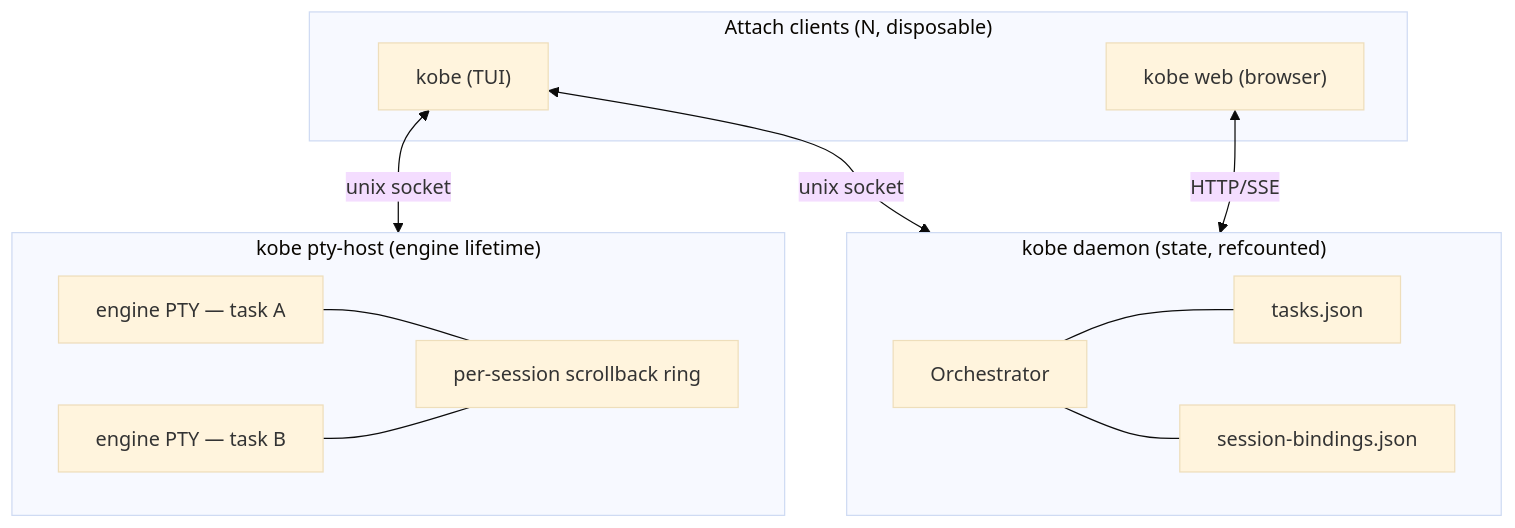
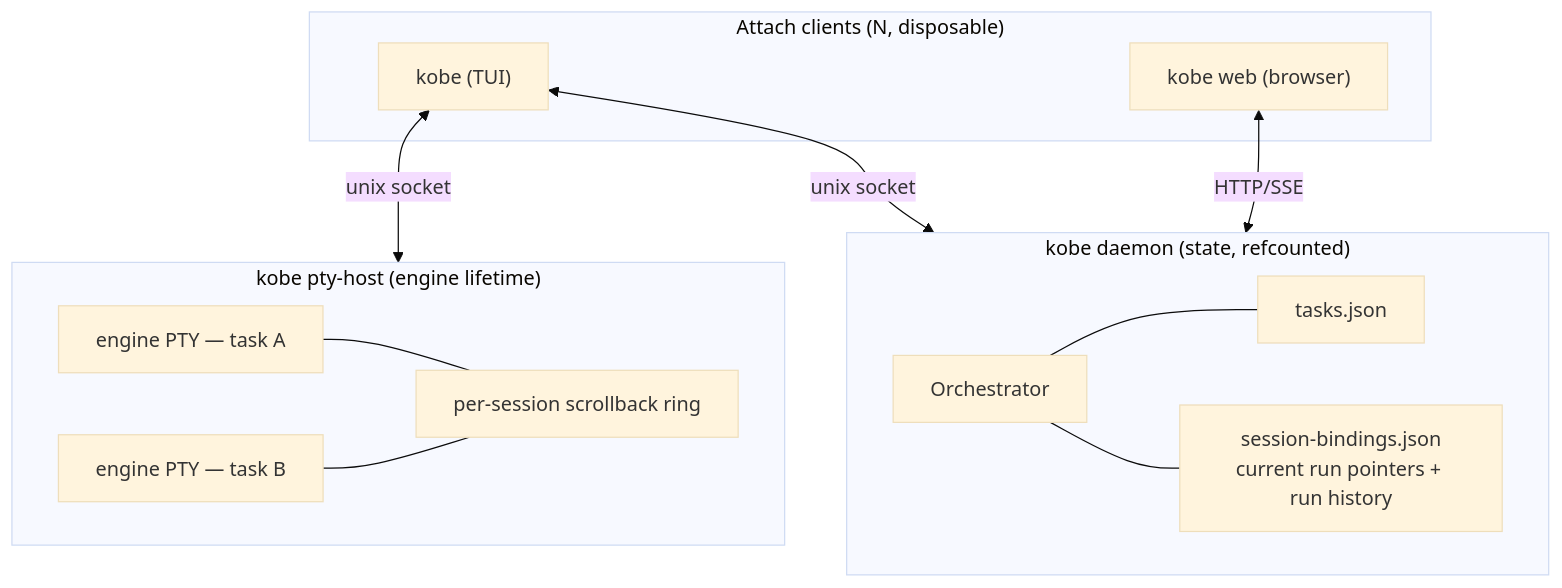
Before and after one commit to Sma1lboy/kobe: the diagram in docs/SESSIONS.md, drawn with Mermaid (base theme). The commit also changed other lines of this file and 31 other files, not shown here.

````diff
--- a/docs/SESSIONS.md
+++ b/docs/SESSIONS.md
@@ -6,24 +6,24 @@
 ```mermaid
 flowchart TB
   subgraph clients["Attach clients (N, disposable)"]
     tui["kobe (TUI)"]
     web["kobe web (browser)"]
   end
   subgraph daemon["kobe daemon (state, refcounted)"]
     orch[Orchestrator]
     idx["tasks.json"]
-    bindings["session-bindings.json"]
+    bindings["session-bindings.json<br/>current run pointers + run history"]
   end
   subgraph host["kobe pty-host (engine lifetime)"]
     p1["engine PTY — task A"]
     p2["engine PTY — task B"]
     ring["per-session scrollback ring"]
   end
   tui <-->|unix socket| daemon
   web <-->|HTTP/SSE| daemon
   tui <-->|unix socket| host
   orch --- idx
   orch --- bindings
   p1 --- ring
   p2 --- ring
 ```
````
